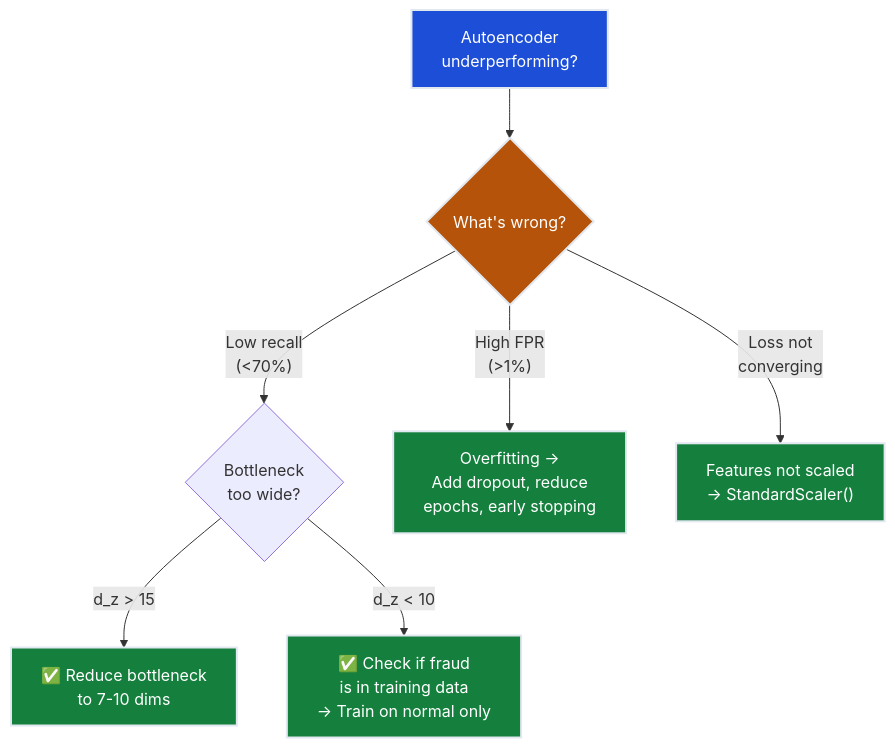
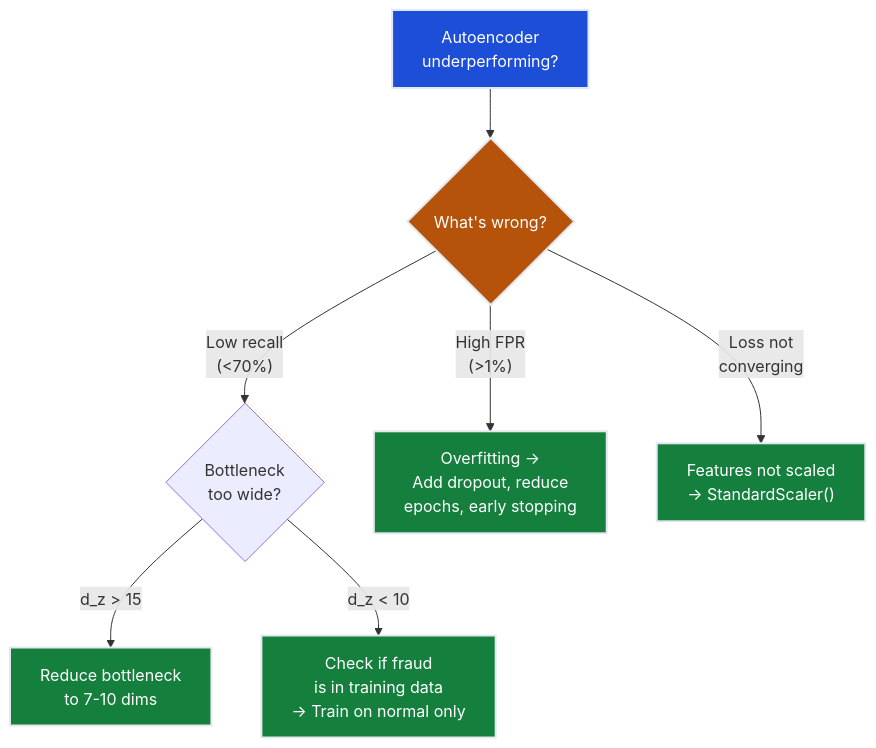
Before and after one commit to deepakshamsft/ai-portfolio: the fourth of 4 diagrams in notes/ML/05-AnomalyDetection/ch03-autoencoders/README.md, drawn with Mermaid. The commit also changed other lines of this file and 50 other files, not shown here.

````diff
--- a/notes/ML/05-AnomalyDetection/ch03-autoencoders/README.md
+++ b/notes/ML/05-AnomalyDetection/ch03-autoencoders/README.md
@@ -368,18 +368,18 @@
 ```mermaid
 flowchart TD
     PROBLEM["Autoencoder\nunderperforming?"] --> SYMPTOM{"What's wrong?"}
 
     SYMPTOM -->|"Low recall\n(<70%)"| BOTTLENECK{"Bottleneck\ntoo wide?"}
     SYMPTOM -->|"High FPR\n(>1%)"| OVERFIT["Overfitting →\nAdd dropout, reduce\nepochs, early stopping"]
     SYMPTOM -->|"Loss not\nconverging"| SCALE["Features not scaled\n→ StandardScaler()"]
 
-    BOTTLENECK -->|"d_z > 15"| FIX1["✅ Reduce bottleneck\nto 7-10 dims"]
-    BOTTLENECK -->|"d_z < 10"| FIX2["✅ Check if fraud\nis in training data\n→ Train on normal only"]
+    BOTTLENECK -->|"d_z > 15"| FIX1["Reduce bottleneck\nto 7-10 dims"]
+    BOTTLENECK -->|"d_z < 10"| FIX2["Check if fraud\nis in training data\n→ Train on normal only"]
 
     style PROBLEM fill:#1d4ed8,stroke:#e2e8f0,stroke-width:2px,color:#ffffff
     style SYMPTOM fill:#b45309,stroke:#e2e8f0,stroke-width:2px,color:#ffffff
     style FIX1 fill:#15803d,stroke:#e2e8f0,stroke-width:2px,color:#ffffff
     style FIX2 fill:#15803d,stroke:#e2e8f0,stroke-width:2px,color:#ffffff
     style OVERFIT fill:#15803d,stroke:#e2e8f0,stroke-width:2px,color:#ffffff
     style SCALE fill:#15803d,stroke:#e2e8f0,stroke-width:2px,color:#ffffff
 ```
````
